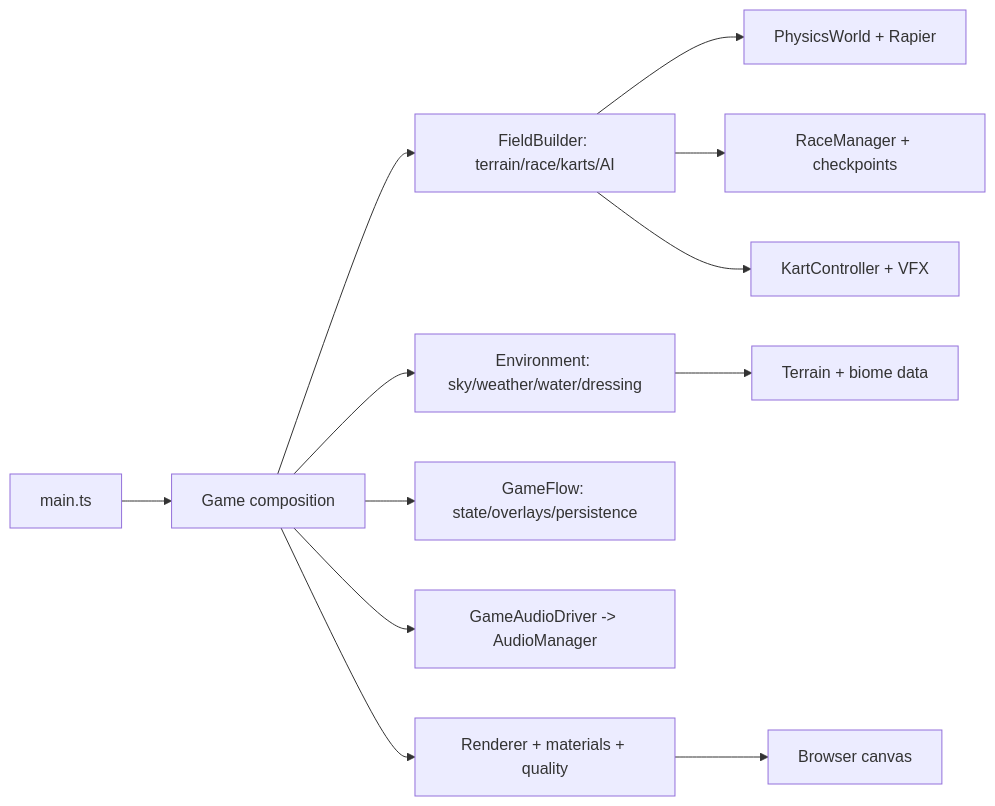
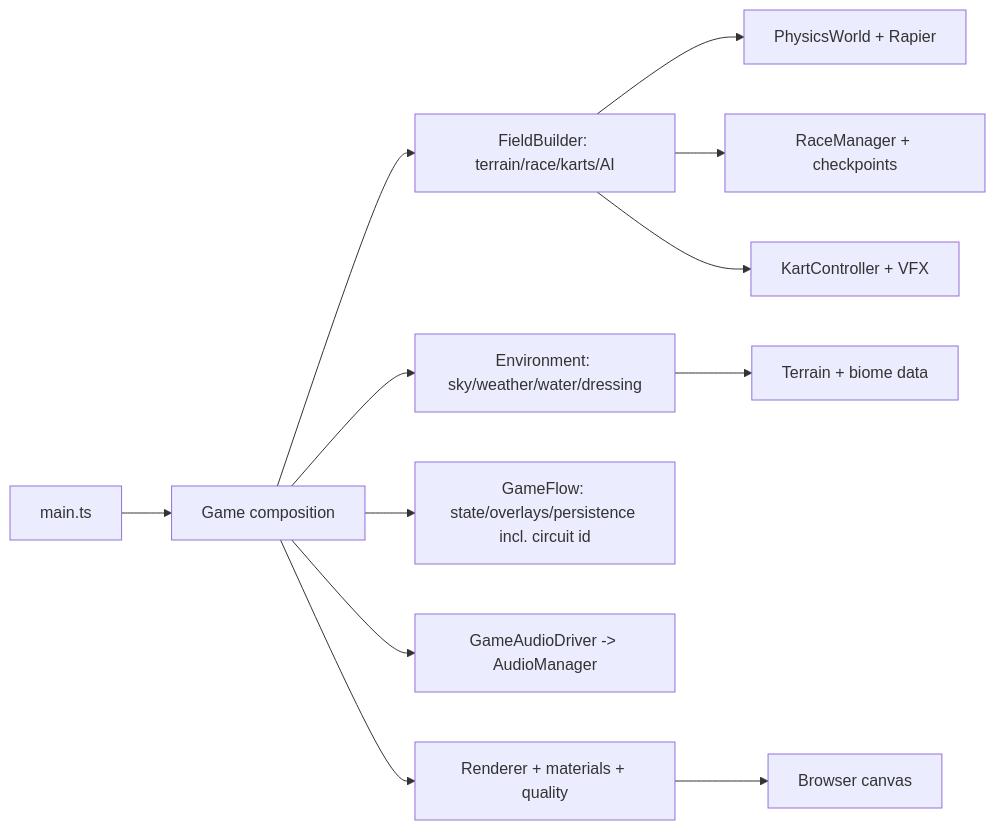
One commit to jjgroenendijk/cart-game changed the first of 2 diagrams in AGENTS.md. Above: the diagram before and after it, drawn with Mermaid. The commit also changed 26 other files, not shown here.

````diff
--- a/AGENTS.md
+++ b/AGENTS.md
@@ -25,14 +25,14 @@
 ```mermaid
 flowchart LR
   main[main.ts] --> game[Game composition]
   game --> field[FieldBuilder: terrain/race/karts/AI]
   game --> env[Environment: sky/weather/water/dressing]
-  game --> flow[GameFlow: state/overlays/persistence]
+  game --> flow[GameFlow: state/overlays/persistence incl. circuit id]
   game --> audio[GameAudioDriver -> AudioManager]
   game --> renderer[Renderer + materials + quality]
   field --> physics[PhysicsWorld + Rapier]
   field --> race[RaceManager + checkpoints]
   field --> kart[KartController + VFX]
   env --> terrain[Terrain + biome data]
   renderer --> canvas[Browser canvas]
 ```
````
